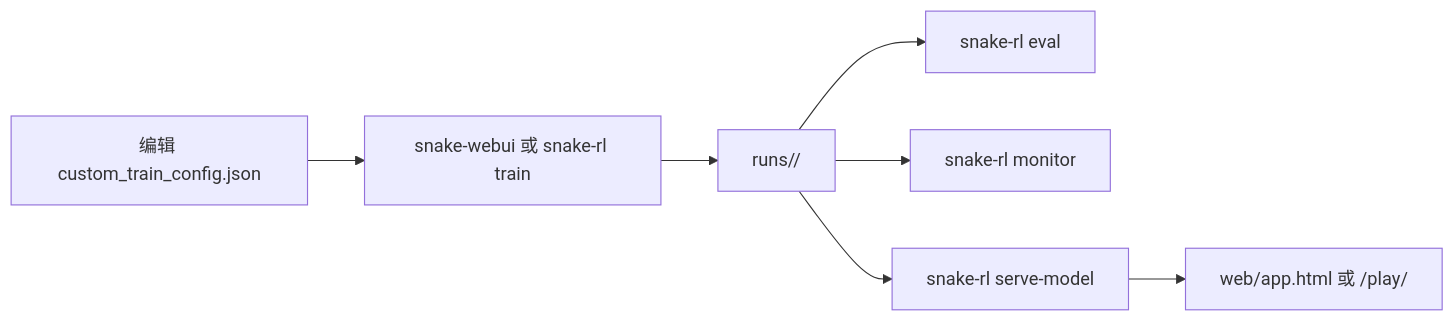
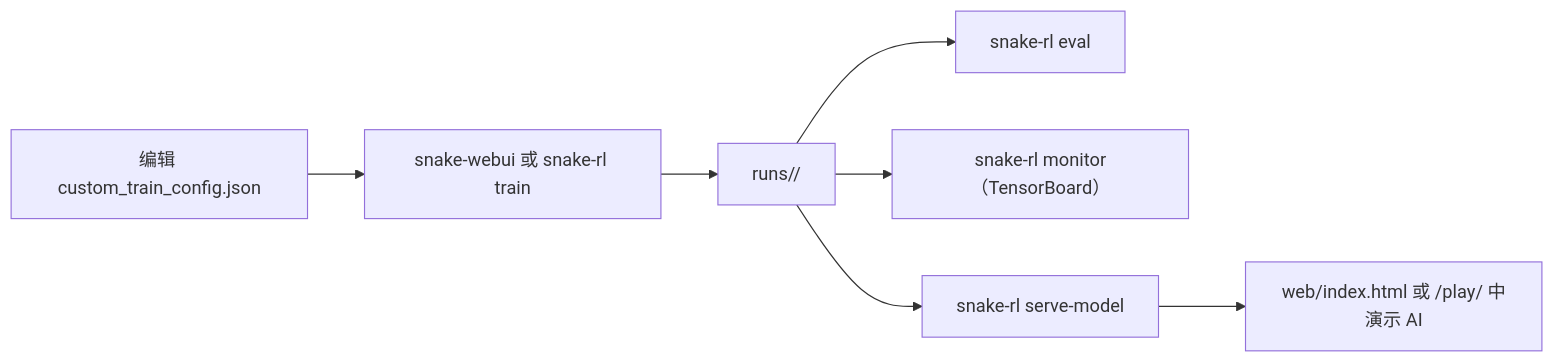
One commit to usermbzlj/snake-rl changed the diagram in README.md. Above: the diagram before and after it, drawn with Mermaid. The commit also changed other lines of this file and 6 other files, not shown here.

````diff
--- a/README.md
+++ b/README.md
@@ -50,9 +51,9 @@
 ```mermaid
 flowchart LR
     A["编辑 custom_train_config.json"] --> B["snake-webui 或 snake-rl train"]
     B --> C["runs/<run_name>/"]
     C --> D["snake-rl eval"]
-    C --> E["snake-rl monitor"]
+    C --> E["snake-rl monitor（TensorBoard）"]
     C --> F["snake-rl serve-model"]
-    F --> G["web/app.html 或 /play/"]
+    F --> G["web/index.html 或 /play/ 中演示 AI"]
 ```
````
